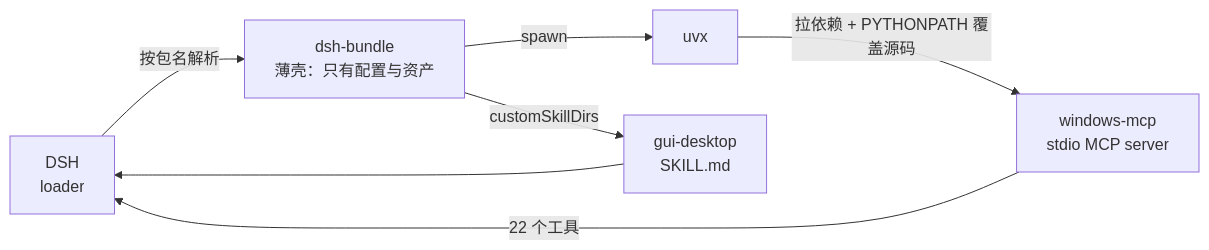
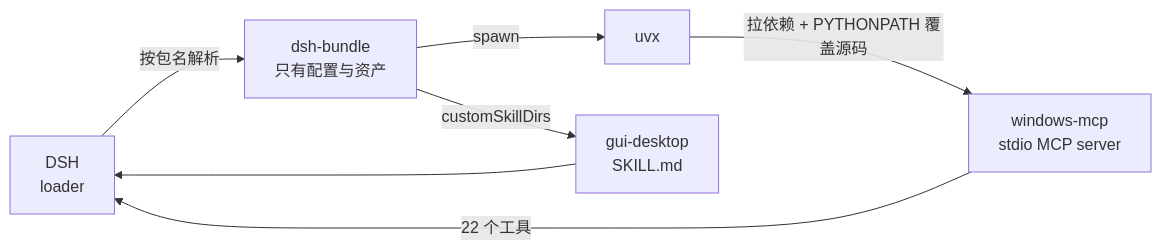
One commit to forkgo430/dsh-gui-forkgo changed the diagram in README.md. Above: the diagram before and after it, drawn with Mermaid. The commit also changed other lines of this file and 91 other files, not shown here.

````diff
--- a/README.md
+++ b/README.md
@@ -93,9 +89,9 @@
 ```mermaid
 flowchart LR
-    A["DSH<br/>loader"] -->|按包名解析| B["dsh-bundle<br/>薄壳：只有配置与资产"]
+    A["DSH<br/>loader"] -->|按包名解析| B["dsh-bundle<br/>只有配置与资产"]
     B -->|spawn| C["uvx"]
     C -->|拉依赖 + PYTHONPATH 覆盖源码| D["windows-mcp<br/>stdio MCP server"]
     D -->|22 个工具| A
     B -->|customSkillDirs| E["gui-desktop<br/>SKILL.md"]
     E --> A
 ```
````
